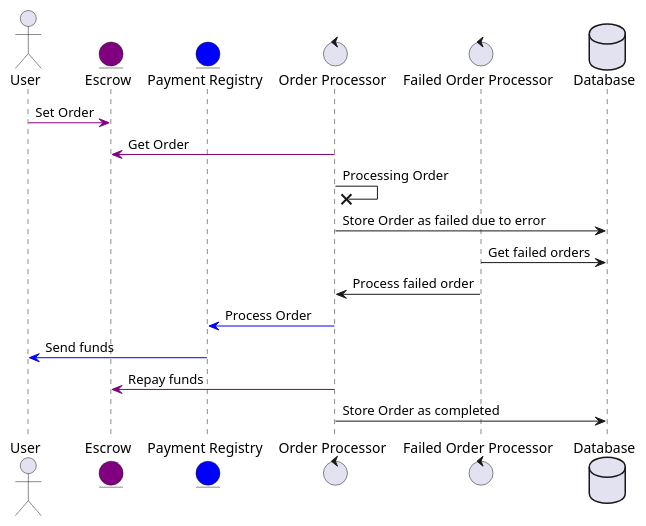
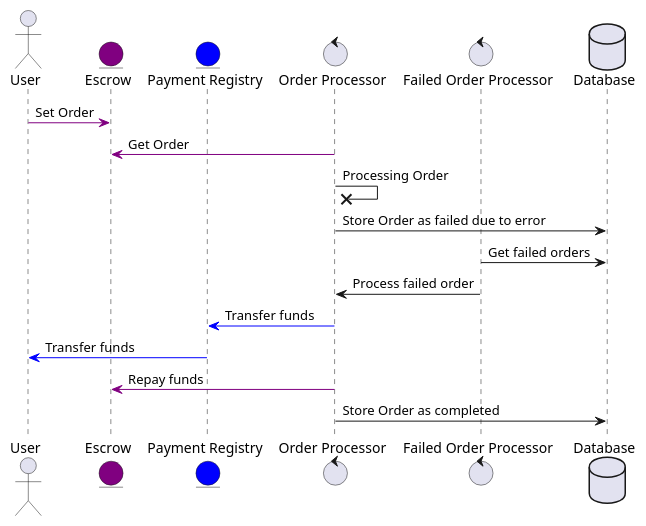
The diagram in mm-bot/docs/diagrams/failed_orders.puml (yetanotherco/yet-another-bridge), drawn with PlantUML before and after one commit. The commit also changed 3 other files, not shown here.

Commit message:
docs(mm-bot): add basic process order flow fix: use 'transfer' instead of 'send'

```diff
--- a/mm-bot/docs/diagrams/failed_orders.puml
+++ b/mm-bot/docs/diagrams/failed_orders.puml
@@ -1,20 +1,20 @@
 @startuml
 actor User as U
 entity Escrow as E #purple
 entity "Payment Registry" as PR #blue
 control "Order Processor" as OP
 control "Failed Order Processor" as FOP
 database Database
 
 U -[#purple]> E : Set Order
 OP -[#purple]> E : Get Order
 OP ->x OP : Processing Order
 OP -> Database : Store Order as failed due to error
 FOP -> Database : Get failed orders
 FOP -> OP : Process failed order
-OP -[#blue]> PR : Process Order
-PR -[#blue]> U: Send funds
+OP -[#blue]> PR : Transfer funds
+PR -[#blue]> U: Transfer funds
 OP -[#purple]> E : Repay funds
 OP -> Database : Store Order as completed
 
 @enduml
```
